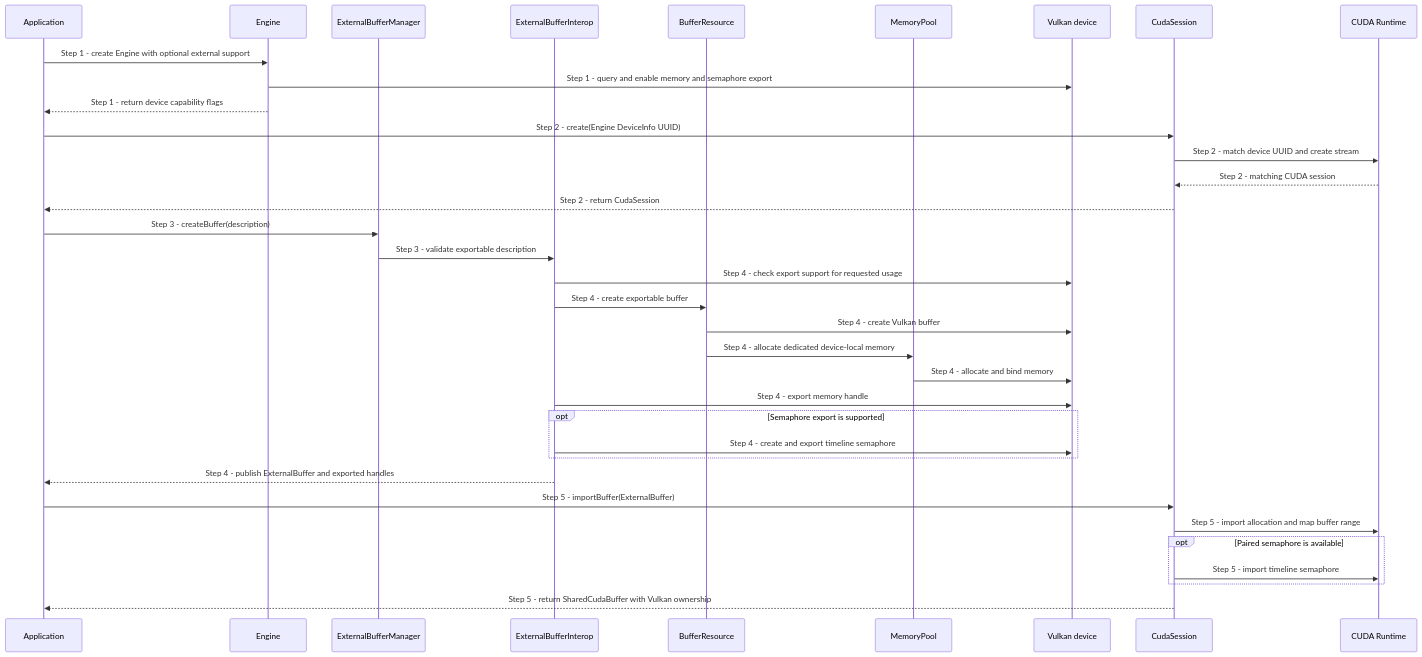
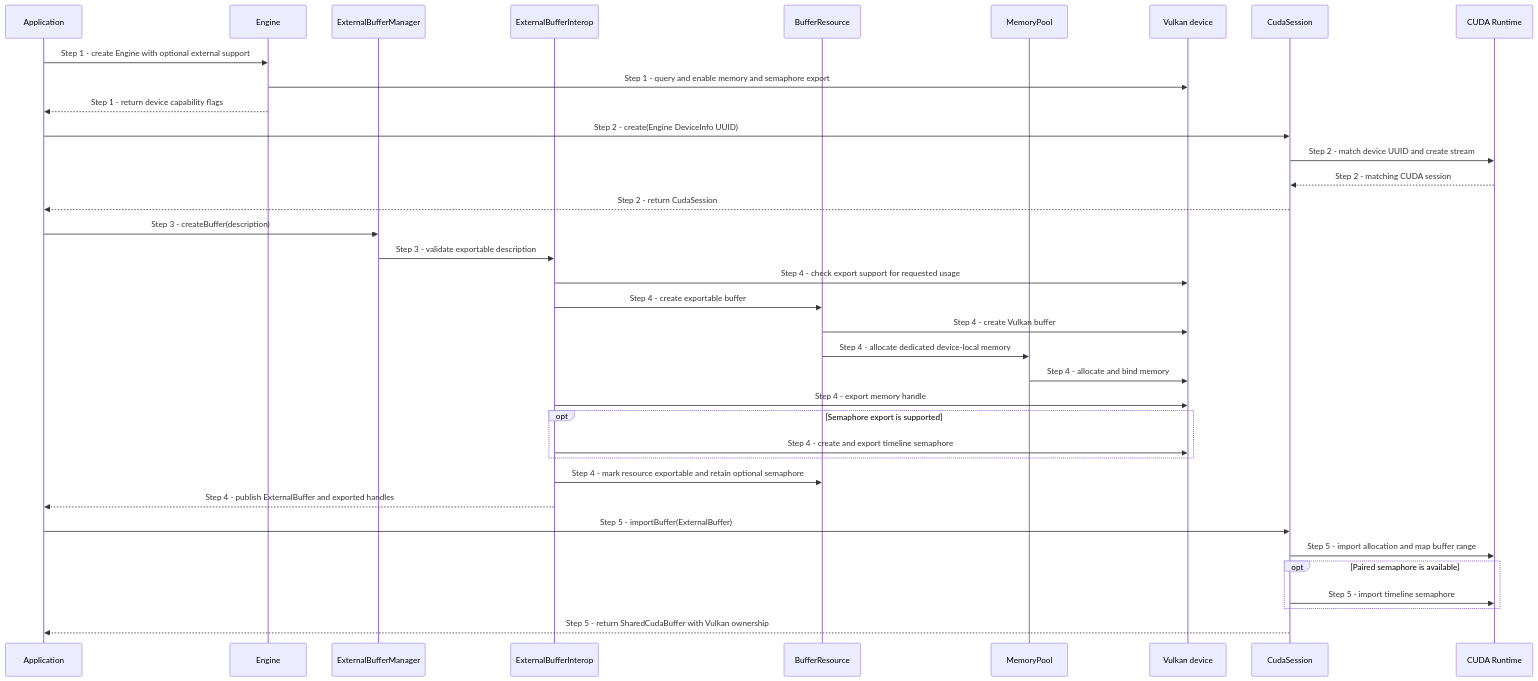
One commit to a-soltysik/Panda changed the diagram in docs/use-cases/create-external-buffer.md. Above: the diagram before and after it, drawn with Mermaid. The commit also changed other lines of this file and 9 other files, not shown here.

Commit message:
Track external buffer metadata without an interop back-reference (#127)

````diff
--- a/docs/use-cases/create-external-buffer.md
+++ b/docs/use-cases/create-external-buffer.md
@@ -45,37 +45,38 @@
 ```mermaid
 sequenceDiagram
     participant A as Application
     participant C as Engine
     participant X as ExternalBufferManager
     participant E as ExternalBufferInterop
     participant B as BufferResource
     participant M as MemoryPool
     participant V as Vulkan device
     participant S as CudaSession
     participant R as CUDA Runtime
-    A->>C: Step 1 - create Engine with optional external support
-    C->>V: Step 1 - query and enable memory and semaphore export
-    C-->>A: Step 1 - return device capability flags
-    A->>S: Step 2 - create(Engine DeviceInfo UUID)
-    S->>R: Step 2 - match device UUID and create stream
-    R-->>S: Step 2 - matching CUDA session
-    S-->>A: Step 2 - return CudaSession
-    A->>X: Step 3 - createBuffer(description)
-    X->>E: Step 3 - validate exportable description
-    E->>V: Step 4 - check export support for requested usage
-    E->>B: Step 4 - create exportable buffer
-    B->>V: Step 4 - create Vulkan buffer
-    B->>M: Step 4 - allocate dedicated device-local memory
-    M->>V: Step 4 - allocate and bind memory
-    E->>V: Step 4 - export memory handle
+    A ->> C: Step 1 - create Engine with optional external support
+    C ->> V: Step 1 - query and enable memory and semaphore export
+    C -->> A: Step 1 - return device capability flags
+    A ->> S: Step 2 - create(Engine DeviceInfo UUID)
+    S ->> R: Step 2 - match device UUID and create stream
+    R -->> S: Step 2 - matching CUDA session
+    S -->> A: Step 2 - return CudaSession
+    A ->> X: Step 3 - createBuffer(description)
+    X ->> E: Step 3 - validate exportable description
+    E ->> V: Step 4 - check export support for requested usage
+    E ->> B: Step 4 - create exportable buffer
+    B ->> V: Step 4 - create Vulkan buffer
+    B ->> M: Step 4 - allocate dedicated device-local memory
+    M ->> V: Step 4 - allocate and bind memory
+    E ->> V: Step 4 - export memory handle
     opt Semaphore export is supported
-        E->>V: Step 4 - create and export timeline semaphore
+        E ->> V: Step 4 - create and export timeline semaphore
     end
-    E-->>A: Step 4 - publish ExternalBuffer and exported handles
-    A->>S: Step 5 - importBuffer(ExternalBuffer)
-    S->>R: Step 5 - import allocation and map buffer range
+    E ->> B: Step 4 - mark resource exportable and retain optional semaphore
+    E -->> A: Step 4 - publish ExternalBuffer and exported handles
+    A ->> S: Step 5 - importBuffer(ExternalBuffer)
+    S ->> R: Step 5 - import allocation and map buffer range
     opt Paired semaphore is available
-        S->>R: Step 5 - import timeline semaphore
+        S ->> R: Step 5 - import timeline semaphore
     end
-    S-->>A: Step 5 - return SharedCudaBuffer with Vulkan ownership
+    S -->> A: Step 5 - return SharedCudaBuffer with Vulkan ownership
 ```
````
